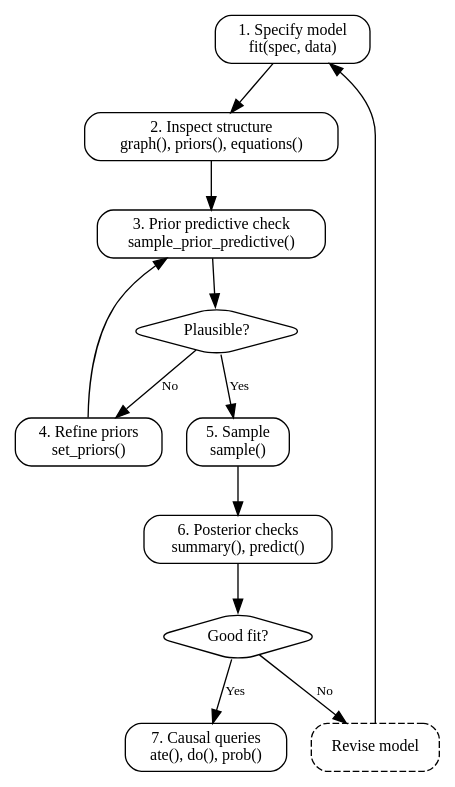
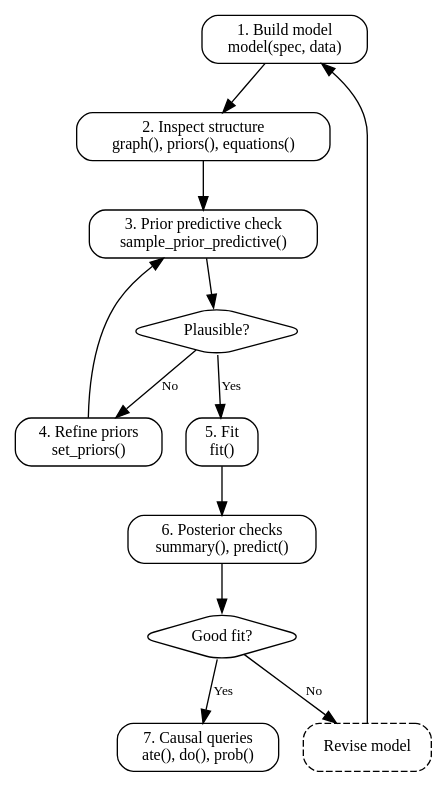
One commit to pymc-labs/pathmc changed the diagram in docs/concepts/bayesian_workflow.qmd. Above: the diagram before and after it, drawn with Graphviz. The commit also changed other lines of this file and 81 other files, not shown here.

First line of the commit message:
Rename fit() → model() and .sample() → .fit() (#118)

````diff
--- a/docs/concepts/bayesian_workflow.qmd
+++ b/docs/concepts/bayesian_workflow.qmd
@@ -10,33 +10,33 @@
 ```{dot}
 //| label: fig-workflow
 //| fig-cap: "The Bayesian workflow in pathmc. The inner loop (prior predictive checks) is fast and iterative. The outer loop (model revision) involves rethinking causal structure."
 //| fig-width: 5.5
 digraph {
   rankdir=TB
   node [shape=box, style=rounded, fontsize=12]
   edge [fontsize=10]
 
-  specify [label="1. Specify model\nfit(spec, data)"]
+  specify [label="1. Build model\nmodel(spec, data)"]
   inspect [label="2. Inspect structure\ngraph(), priors(), equations()"]
   ppc [label="3. Prior predictive check\nsample_prior_predictive()"]
   plausible [label="Plausible?", shape=diamond]
   refine [label="4. Refine priors\nset_priors()"]
-  sample [label="5. Sample\nsample()"]
+  sample [label="5. Fit\nfit()"]
   check [label="6. Posterior checks\nsummary(), predict()"]
   goodfit [label="Good fit?", shape=diamond]
   revise [label="Revise model", style="rounded,dashed"]
   causal [label="7. Causal queries\nate(), do(), prob()"]
 
   specify -> inspect
   inspect -> ppc
   ppc -> plausible
   plausible -> refine [label="No"]
   refine -> ppc
   plausible -> sample [label="Yes"]
   sample -> check
   check -> goodfit
   goodfit -> revise [label="No"]
   revise -> specify
   goodfit -> causal [label="Yes"]
 }
 ```
````
